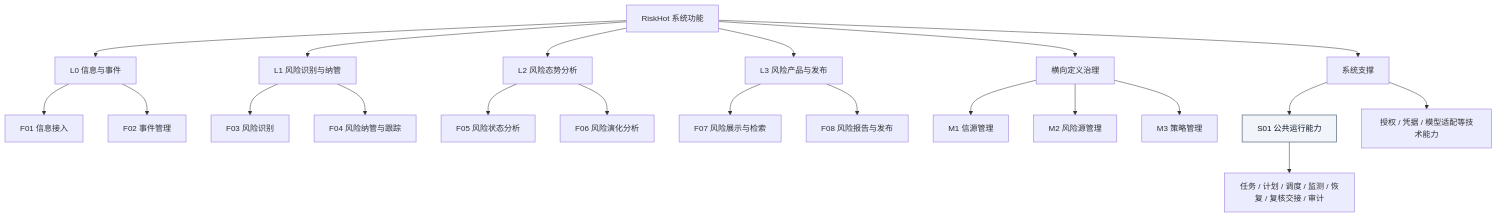
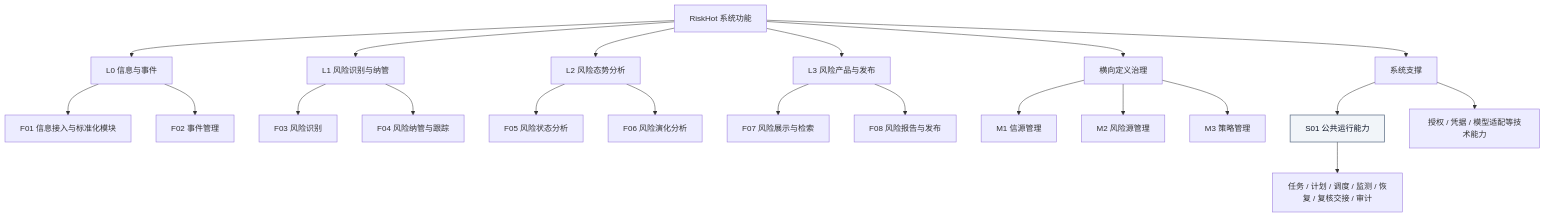
Before and after one commit to caojingwen1996/obsidian_kb: the fourth of 18 diagrams in tools/RiskHot/docs/system-design/03-系统功能架构/系统功能架构总览.md, drawn with Mermaid. The commit also changed other lines of this file and 431 other files, not shown here.

````diff
--- a/tools/RiskHot/docs/system-design/03-系统功能架构/系统功能架构总览.md
+++ b/tools/RiskHot/docs/system-design/03-系统功能架构/系统功能架构总览.md
@@ -270,25 +270,25 @@
 ```mermaid
 flowchart TB
   R[RiskHot 系统功能] --> L0[L0 信息与事件]
   R --> L1[L1 风险识别与纳管]
   R --> L2[L2 风险态势分析]
   R --> L3[L3 风险产品与发布]
   R --> S[横向定义治理]
   R --> C[系统支撑]
-  L0 --> F01[F01 信息接入]
+  L0 --> F01[F01 信息接入与标准化模块]
   L0 --> F02[F02 事件管理]
   L1 --> F03[F03 风险识别]
   L1 --> F04[F04 风险纳管与跟踪]
   L2 --> F05[F05 风险状态分析]
   L2 --> F06[F06 风险演化分析]
   L3 --> F07[F07 风险展示与检索]
   L3 --> F08[F08 风险报告与发布]
   S --> M1[M1 信源管理]
   S --> M2[M2 风险源管理]
   S --> M3[M3 策略管理]
   C --> S01[S01 公共运行能力]
   S01 --> C1[任务 / 计划 / 调度 / 监测 / 恢复 / 复核交接 / 审计]
   C --> C2[授权 / 凭据 / 模型适配等技术能力]
     classDef system fill:#f1f5f9,stroke:#64748b,color:#0f172a,stroke-width:1.5px
     class S01 system
 ```
````
